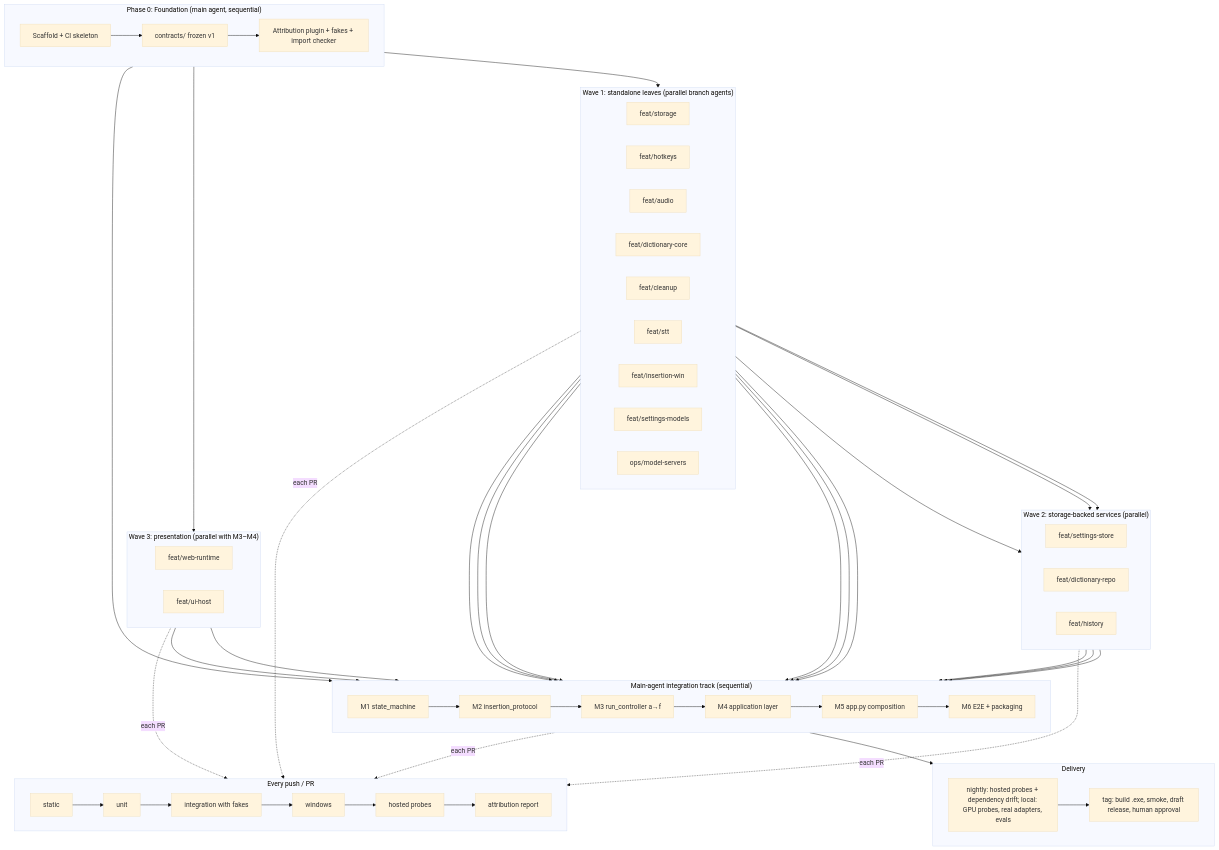
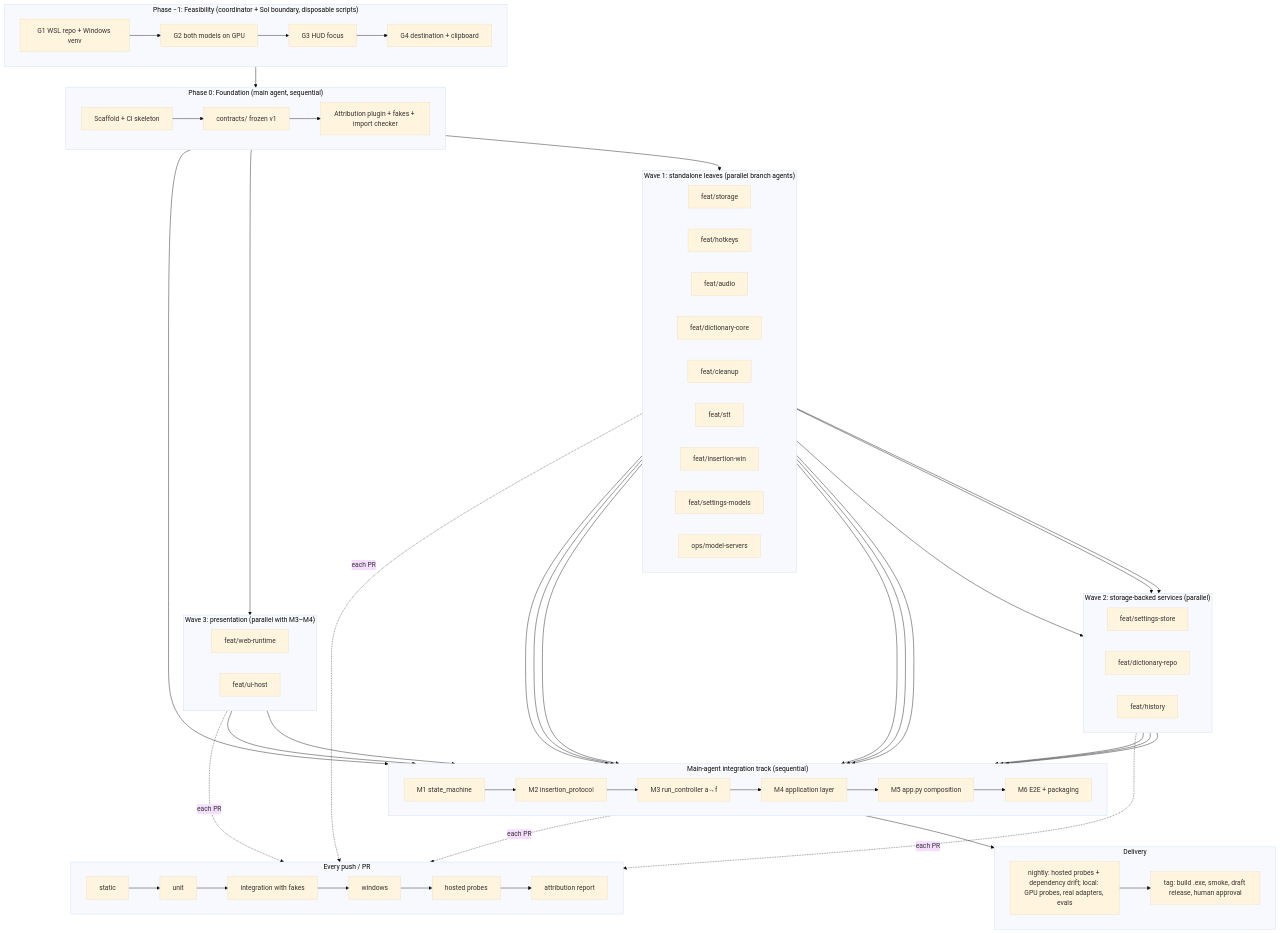
One commit to June74/wispr_clone changed the first of 5 diagrams in backend_dev/dev_pipeline.md. Above: the diagram before and after it, drawn with Mermaid (base theme). The commit also changed other lines of this file and 11 other files, not shown here.

````diff
--- a/backend_dev/dev_pipeline.md
+++ b/backend_dev/dev_pipeline.md
@@ -23,65 +23,71 @@
 ```mermaid
 flowchart TB
+  subgraph F["Phase −1: Feasibility (coordinator + Sol boundary, disposable scripts)"]
+    direction LR
+    F1[G1 WSL repo + Windows venv] --> F2[G2 both models on GPU] --> F3[G3 HUD focus] --> F4[G4 destination + clipboard]
+  end
+
   subgraph P0["Phase 0: Foundation (main agent, sequential)"]
     direction LR
     S0[Scaffold + CI skeleton] --> C0[contracts/ frozen v1] --> A0[Attribution plugin + fakes + import checker]
   end
 
   subgraph W1["Wave 1: standalone leaves (parallel branch agents)"]
     direction LR
     B1[feat/storage]
     B2[feat/hotkeys]
     B3[feat/audio]
     B4[feat/dictionary-core]
     B5[feat/cleanup]
     B6[feat/stt]
     B7[feat/insertion-win]
     B8[feat/settings-models]
     B9[ops/model-servers]
   end
 
   subgraph W2["Wave 2: storage-backed services (parallel)"]
     direction LR
     B10[feat/settings-store]
     B11[feat/dictionary-repo]
     B12[feat/history]
   end
 
   subgraph W3["Wave 3: presentation (parallel with M3–M4)"]
     direction LR
     B13[feat/web-runtime]
     B14[feat/ui-host]
   end
 
   subgraph M["Main-agent integration track (sequential)"]
     direction LR
     M1[M1 state_machine] --> M2[M2 insertion_protocol] --> M3[M3 run_controller a→f] --> M4[M4 application layer] --> M5[M5 app.py composition] --> M6[M6 E2E + packaging]
   end
 
+  F --> P0
   P0 --> W1
   P0 --> M1
   B1 --> W2
   B8 --> B10
   B4 --> B11
   B12 --> M2
   B7 --> M2
   B2 & B3 & B5 & B6 & B11 --> M3
   B10 --> M4
   C0 --> W3
   B13 & B14 --> M5
   B9 --> M6
 
   subgraph CI["Every push / PR"]
     direction LR
     st[static] --> un[unit] --> it[integration with fakes] --> win[windows] --> pr[hosted probes] --> rep[attribution report]
   end
   subgraph CD["Delivery"]
     direction LR
     ng[nightly: hosted probes + dependency drift; local: GPU probes, real adapters, evals] --> rl[tag: build .exe, smoke, draft release, human approval]
   end
   W1 -. each PR .-> CI
   W2 -. each PR .-> CI
   W3 -. each PR .-> CI
   M -. each PR .-> CI
   M6 --> CD
 ```
````
